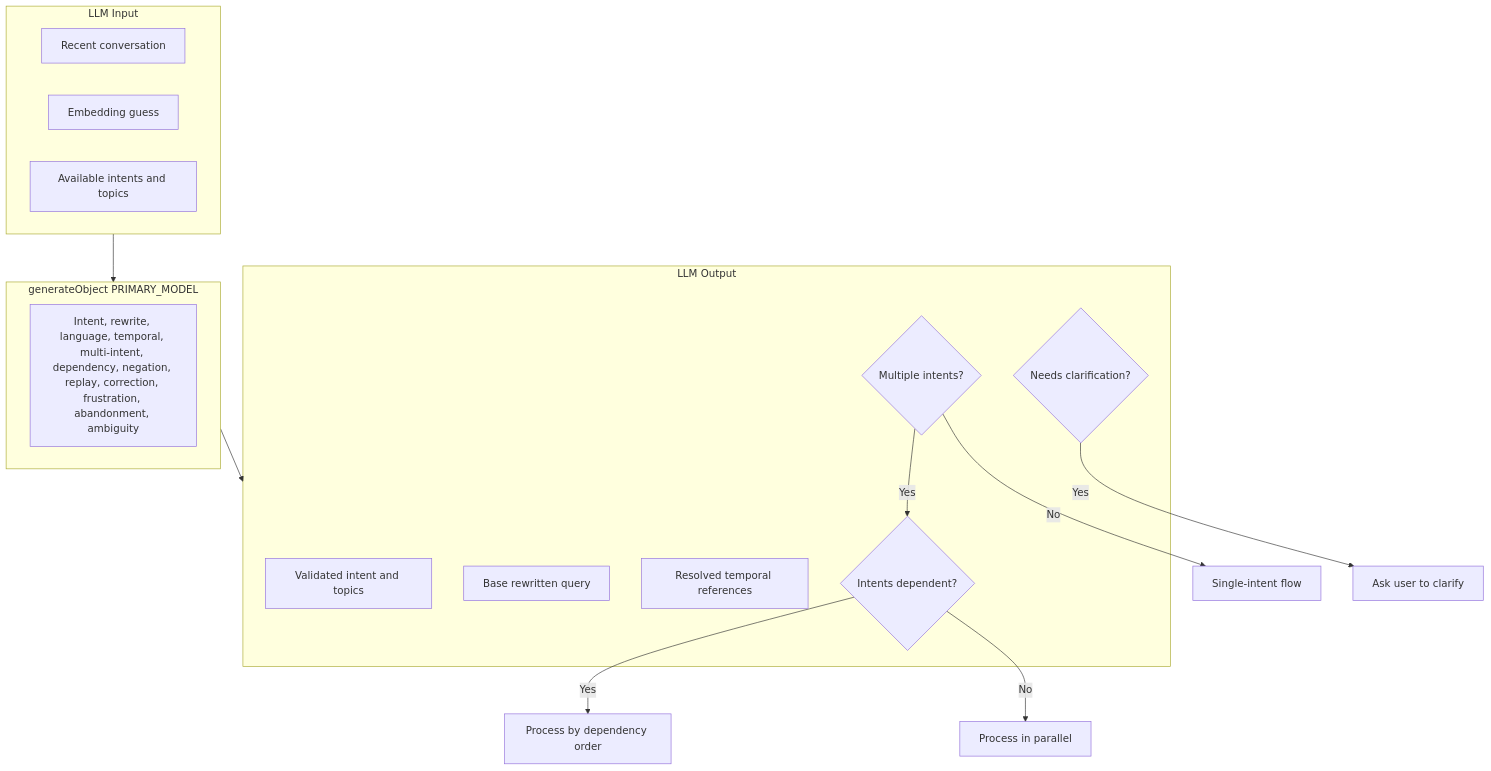
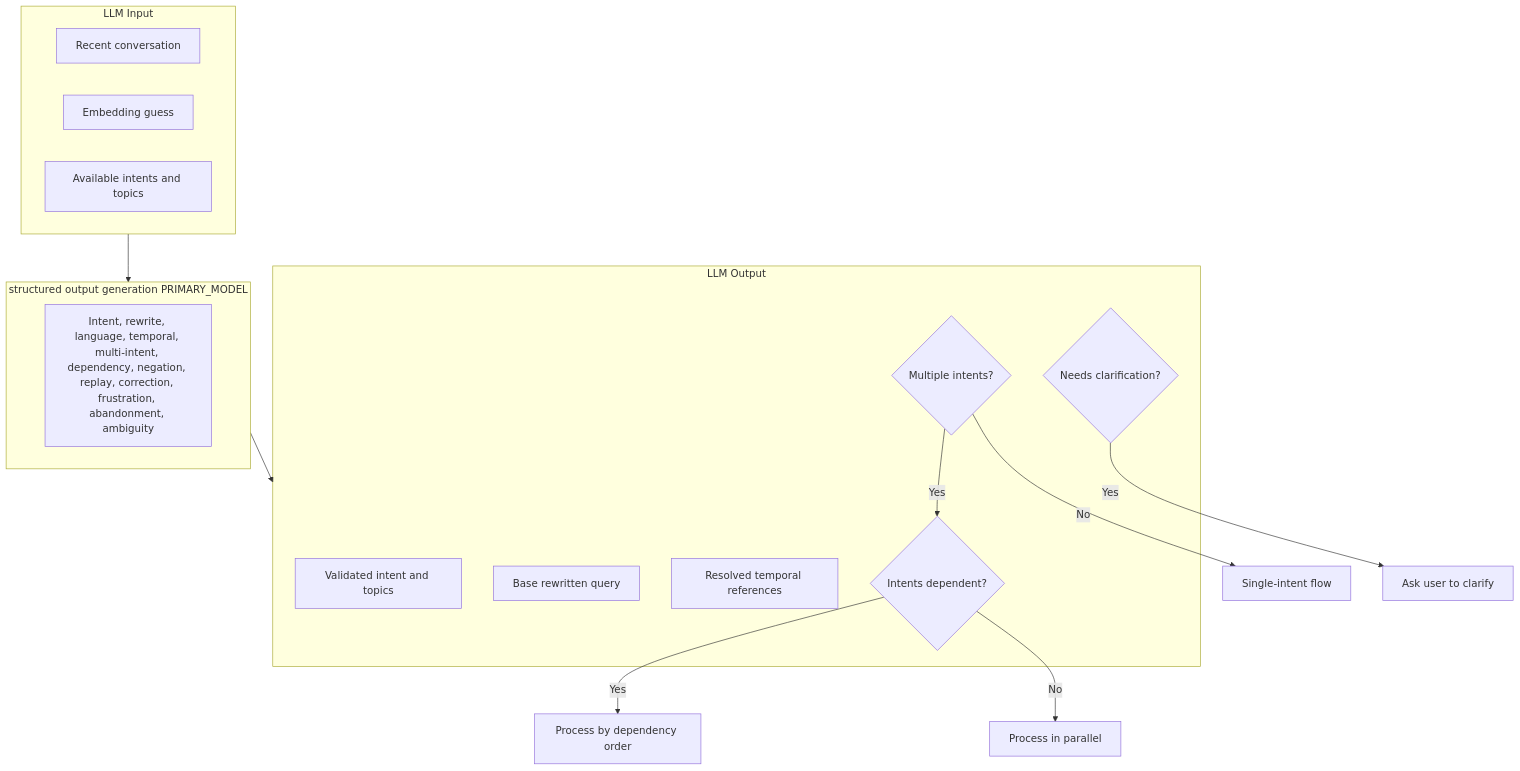
One commit to 1qh/safeagent changed the fifth of 23 diagrams in plan/05-conversation.md. Above: the diagram before and after it, drawn with Mermaid. The commit also changed other lines of this file and 18 other files, not shown here.

````diff
--- a/plan/05-conversation.md
+++ b/plan/05-conversation.md
@@ -163,25 +163,25 @@
 ```mermaid
 flowchart TB
     subgraph INPUT["LLM Input"]
         CONVERSATION["Recent conversation"]
         EMBEDDING_HINT["Embedding guess"]
         INTENT_LIST["Available intents and topics"]
     end
-    subgraph LLM_CALL["generateObject PRIMARY_MODEL"]
+    subgraph LLM_CALL["structured output generation PRIMARY_MODEL"]
         SCHEMA["Intent, rewrite, language, temporal, multi-intent, dependency, negation, replay, correction, frustration, abandonment, ambiguity"]
     end
     subgraph OUTPUT["LLM Output"]
         VALIDATED["Validated intent and topics"]
         REWRITTEN["Base rewritten query"]
         TEMPORAL["Resolved temporal references"]
         MULTI{Multiple intents?}
         CLARIFY{Needs clarification?}
         DEPENDENT{Intents dependent?}
     end
     INPUT --> LLM_CALL --> OUTPUT
     MULTI -->|Yes| DEPENDENT
     MULTI -->|No| SINGLE["Single-intent flow"]
     DEPENDENT -->|Yes| ORDERED["Process by dependency order"]
     DEPENDENT -->|No| PARALLEL["Process in parallel"]
     CLARIFY -->|Yes| ASK["Ask user to clarify"]
 ```
````
